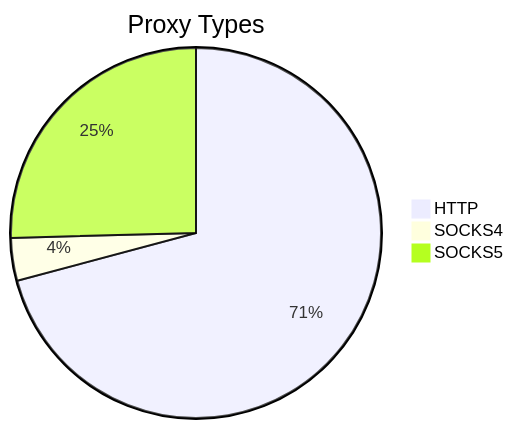
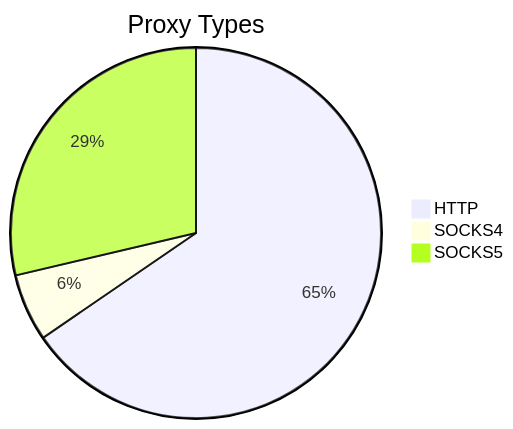
One commit to stormsia/proxy-list changed the first of 2 diagrams in README.md. Above: the diagram before and after it, drawn with Mermaid. The commit also changed other lines of this file, not shown here.

````diff
--- a/README.md
+++ b/README.md
@@ -21,6 +21,6 @@
 ```mermaid
 pie title Proxy Types
-    "HTTP" : 209
-    "SOCKS4" : 11
-    "SOCKS5" : 75
+    "HTTP" : 178
+    "SOCKS4" : 16
+    "SOCKS5" : 78
 ```
````
